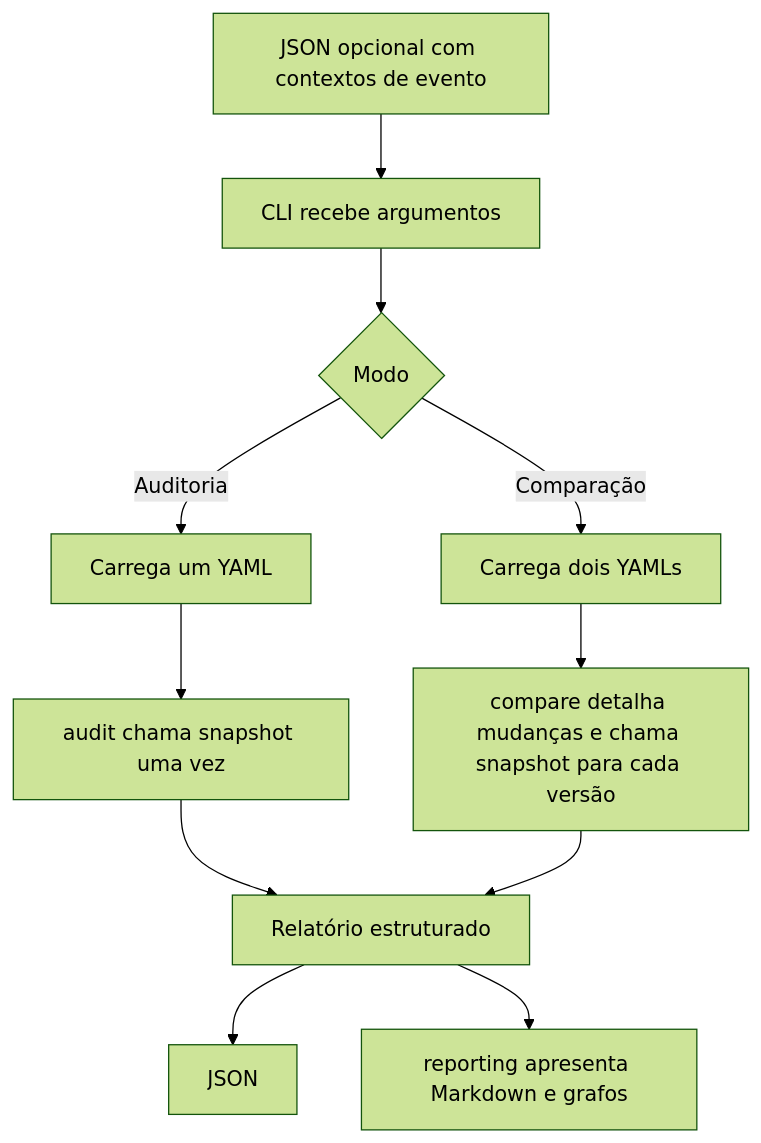
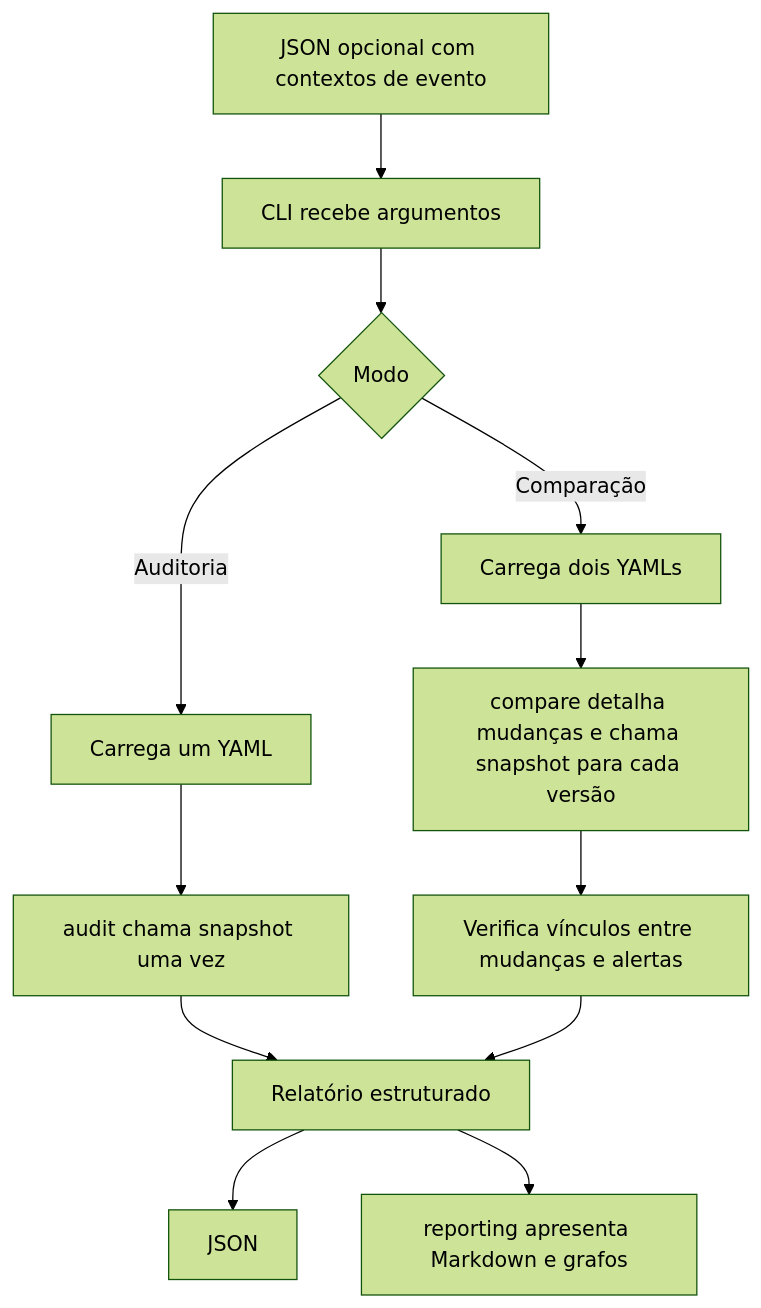
One commit to ziansouzab/tcc-pipeline-impact changed the diagram in docs/ARQUITETURA.md. Above: the diagram before and after it, drawn with Mermaid (forest theme). The commit also changed other lines of this file and 6 other files, not shown here.

````diff
--- a/docs/ARQUITETURA.md
+++ b/docs/ARQUITETURA.md
@@ -14,13 +14,14 @@
 ```mermaid
 flowchart TD
     A[CLI recebe argumentos] --> B{Modo}
     X[JSON opcional com contextos de evento] --> A
     B -->|Auditoria| C[Carrega um YAML]
     B -->|Comparação| D[Carrega dois YAMLs]
     C --> E[audit chama snapshot uma vez]
     D --> F[compare detalha mudanças e chama snapshot para cada versão]
     E --> G[Relatório estruturado]
-    F --> G
+    F --> J[Verifica vínculos entre mudanças e alertas]
+    J --> G
     G --> H[JSON]
     G --> I[reporting apresenta Markdown e grafos]
 ```
````
